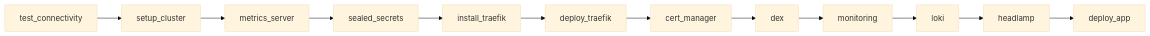
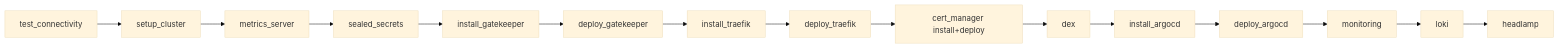
The second of 2 diagrams in docs/ansible.md (PikPakPik/T-CLO-902-NAN_1), drawn with Mermaid (base theme) before and after one commit. The commit also changed other lines of this file and 16 other files, not shown here.

````diff
--- a/docs/ansible.md
+++ b/docs/ansible.md
@@ -134,7 +143,8 @@
 ```mermaid
 flowchart LR
     a[test_connectivity] --> b[setup_cluster] --> c[metrics_server]
-    c --> d[sealed_secrets] --> e[install_traefik] --> f[deploy_traefik]
-    f --> g[cert_manager] --> h[dex] --> i[monitoring]
-    i --> j[loki] --> k[headlamp] --> l[deploy_app]
+    c --> d[sealed_secrets] --> e[install_gatekeeper] --> f[deploy_gatekeeper]
+    f --> g[install_traefik] --> h[deploy_traefik] --> i[cert_manager install+deploy]
+    i --> j[dex] --> k[install_argocd] --> l[deploy_argocd]
+    l --> m[monitoring] --> n[loki] --> o[headlamp]
 ```
````
